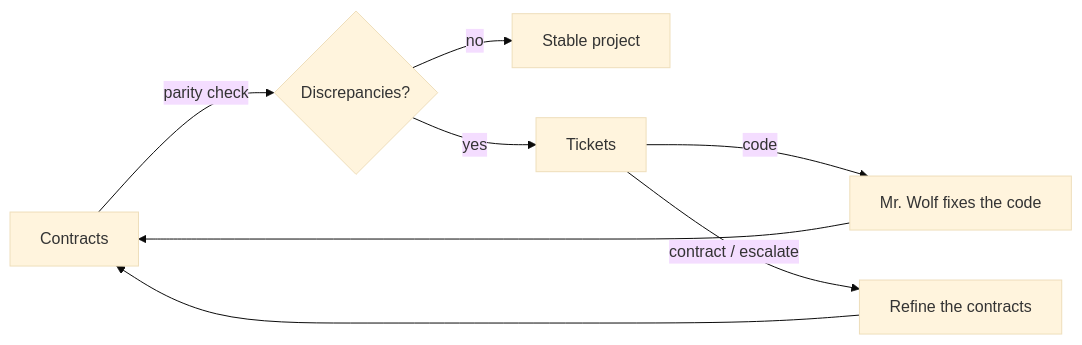
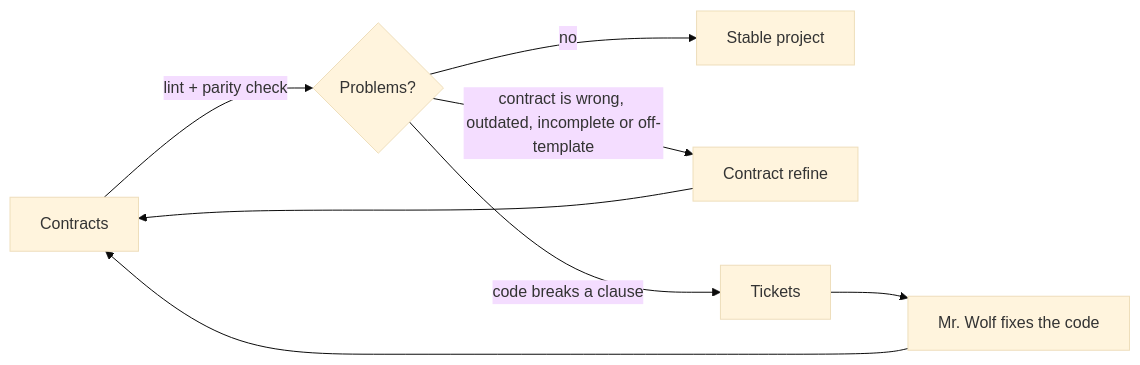
Before and after one commit to Asashoryu/oleander-ai-toolkit: the diagram in skills/contract-init/templates/README.md, drawn with Mermaid (base theme). The commit also changed other lines of this file and 13 other files, not shown here.

Commit message:
Rework contract template: named clauses and tickets, fixed sections, contract-lint, auto-invocable skills

````diff
--- a/skills/contract-init/templates/README.md
+++ b/skills/contract-init/templates/README.md
@@ -8,10 +8,10 @@
 ```mermaid
 flowchart LR
-    A[Contracts] -->|parity check| B{Discrepancies?}
+    A[Contracts] -->|lint + parity check| B{Problems?}
     B -->|no| S[Stable project]
-    B -->|yes| T[Tickets]
-    T -->|code| W[Mr. Wolf fixes the code]
-    T -->|contract / escalate| R[Refine the contracts]
+    B -->|contract is wrong, outdated, incomplete or off-template| R[Contract refine]
+    B -->|code breaks a clause| T[Tickets]
+    T --> W[Mr. Wolf fixes the code]
     W --> A
     R --> A
 ```
````
